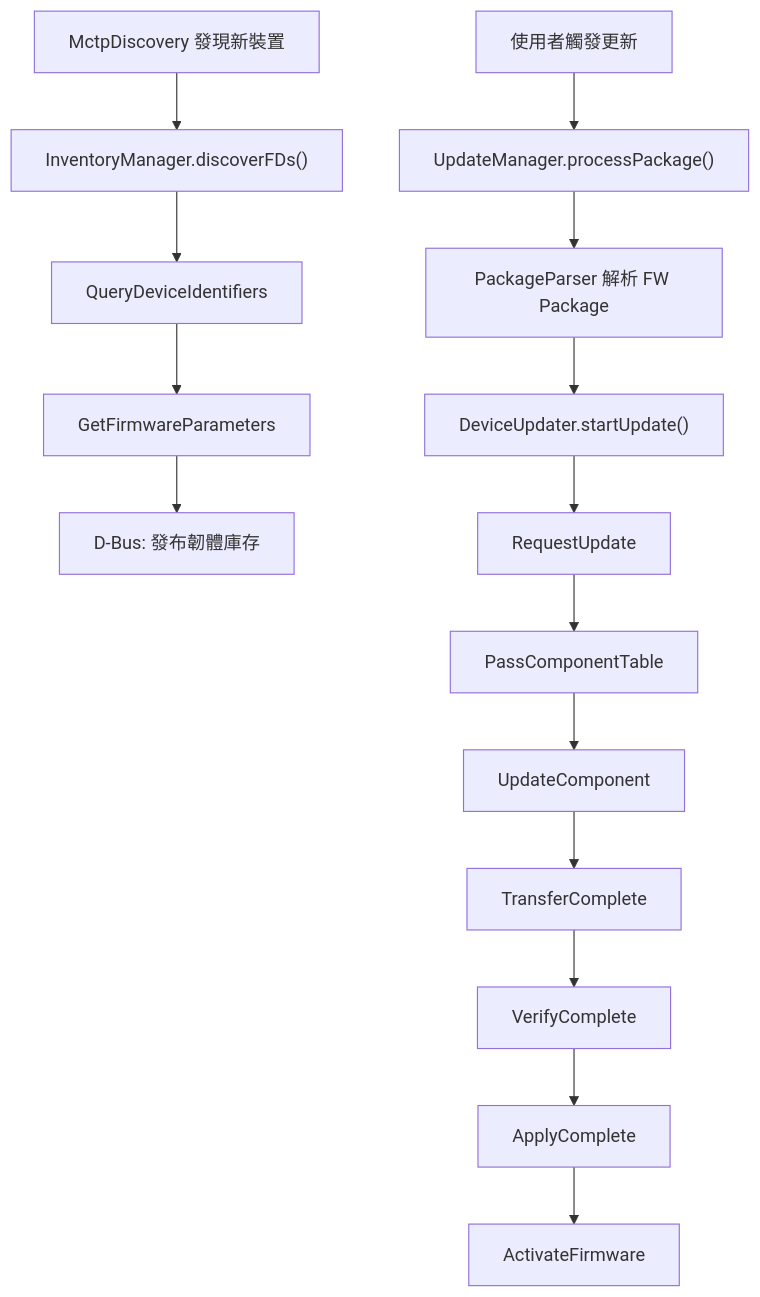
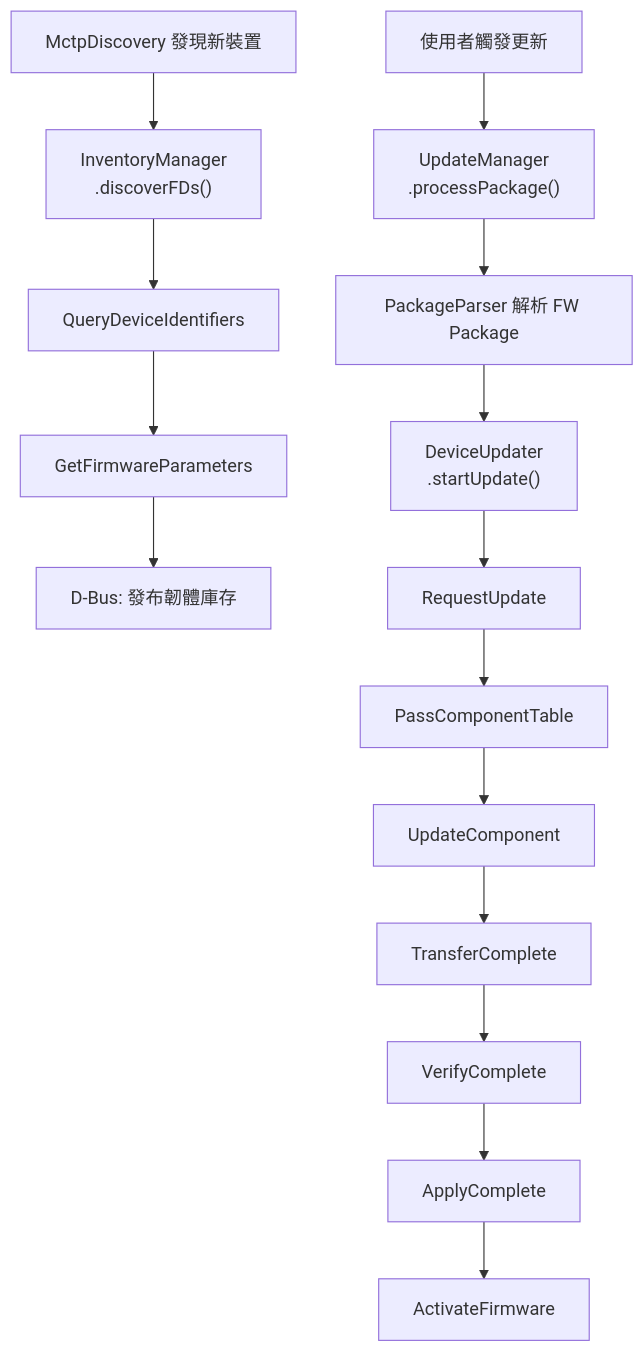
The fifth of 5 diagrams in pldm/SourceCodeWalkthrough.md (chilung-cgu/bmc-firmware-knowledge-base), drawn with Mermaid before and after one commit. The commit also changed other lines of this file and 18 other files, not shown here.

First line of the commit message:
docs(pldm): 批量優化 Mermaid 流程圖排版解決文字截斷問題

````diff
--- a/pldm/SourceCodeWalkthrough.md
+++ b/pldm/SourceCodeWalkthrough.md
@@ -455,19 +455,19 @@
 ```mermaid
 flowchart TD
-    A["MctpDiscovery 發現新裝置"] --> B["InventoryManager.discoverFDs()"]
+    A["MctpDiscovery 發現新裝置"] --> B["InventoryManager<br>.discoverFDs()"]
     B --> C["QueryDeviceIdentifiers"]
     C --> D["GetFirmwareParameters"]
     D --> E["D-Bus: 發布韌體庫存"]
 
-    F["使用者觸發更新"] --> G["UpdateManager.processPackage()"]
+    F["使用者觸發更新"] --> G["UpdateManager<br>.processPackage()"]
     G --> H["PackageParser 解析 FW Package"]
-    H --> I["DeviceUpdater.startUpdate()"]
+    H --> I["DeviceUpdater<br>.startUpdate()"]
 
     I --> J["RequestUpdate"]
     J --> K["PassComponentTable"]
     K --> L["UpdateComponent"]
     L --> M["TransferComplete"]
     M --> N["VerifyComplete"]
     N --> O["ApplyComplete"]
     O --> P["ActivateFirmware"]
 ```
````
